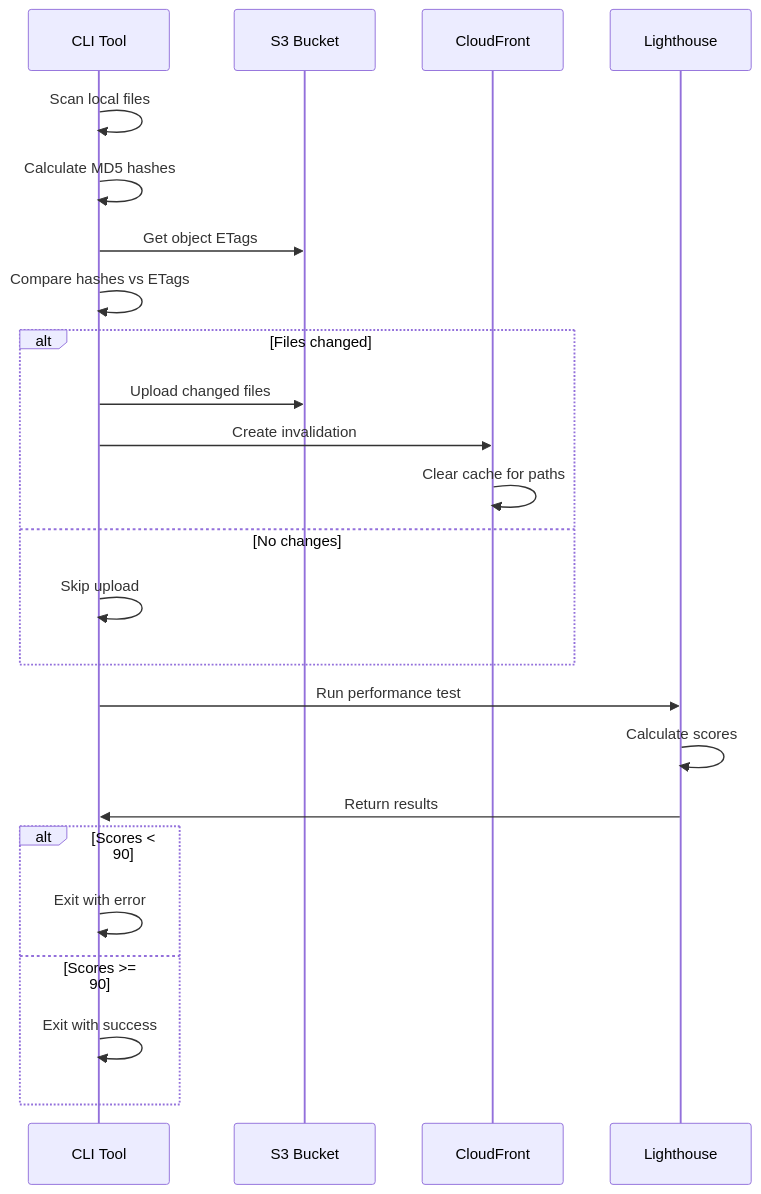
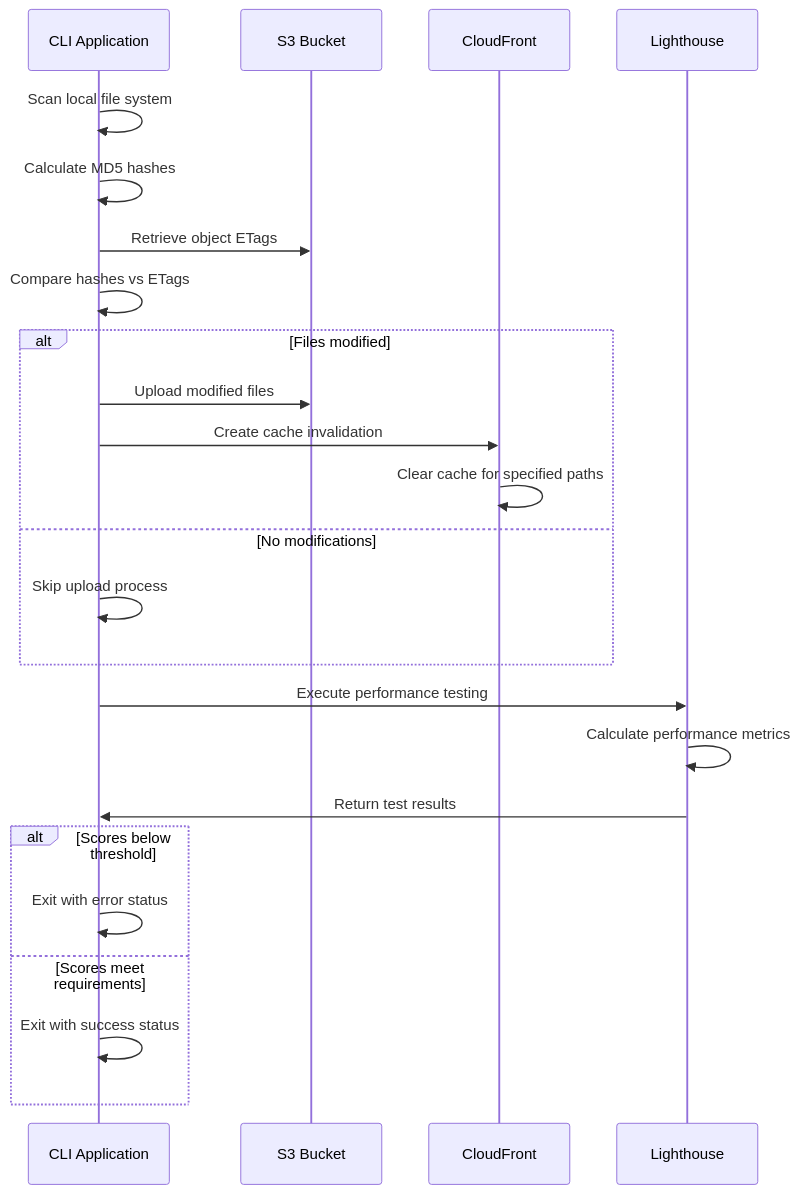
Before and after one commit to RyanPatty/DevOps: the third of 6 diagrams in README.md, drawn with Mermaid. The commit also changed other lines of this file, not shown here.

````diff
--- a/README.md
+++ b/README.md
@@ -207,30 +207,30 @@
 ```mermaid
 sequenceDiagram
-    participant CLI as CLI Tool
+    participant CLI as CLI Application
     participant S3 as S3 Bucket
     participant CF as CloudFront
     participant LH as Lighthouse
     
-    CLI->>CLI: Scan local files
+    CLI->>CLI: Scan local file system
     CLI->>CLI: Calculate MD5 hashes
-    CLI->>S3: Get object ETags
+    CLI->>S3: Retrieve object ETags
     CLI->>CLI: Compare hashes vs ETags
     
-    alt Files changed
-        CLI->>S3: Upload changed files
-        CLI->>CF: Create invalidation
-        CF->>CF: Clear cache for paths
-    else No changes
-        CLI->>CLI: Skip upload
+    alt Files modified
+        CLI->>S3: Upload modified files
+        CLI->>CF: Create cache invalidation
+        CF->>CF: Clear cache for specified paths
+    else No modifications
+        CLI->>CLI: Skip upload process
     end
     
-    CLI->>LH: Run performance test
-    LH->>LH: Calculate scores
-    LH->>CLI: Return results
+    CLI->>LH: Execute performance testing
+    LH->>LH: Calculate performance metrics
+    LH->>CLI: Return test results
     
-    alt Scores < 90
-        CLI->>CLI: Exit with error
-    else Scores >= 90
-        CLI->>CLI: Exit with success
+    alt Scores below threshold
+        CLI->>CLI: Exit with error status
+    else Scores meet requirements
+        CLI->>CLI: Exit with success status
     end
 ```
````
